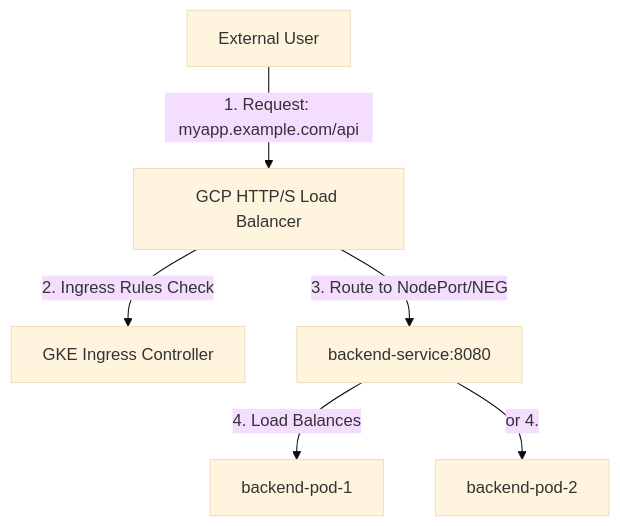
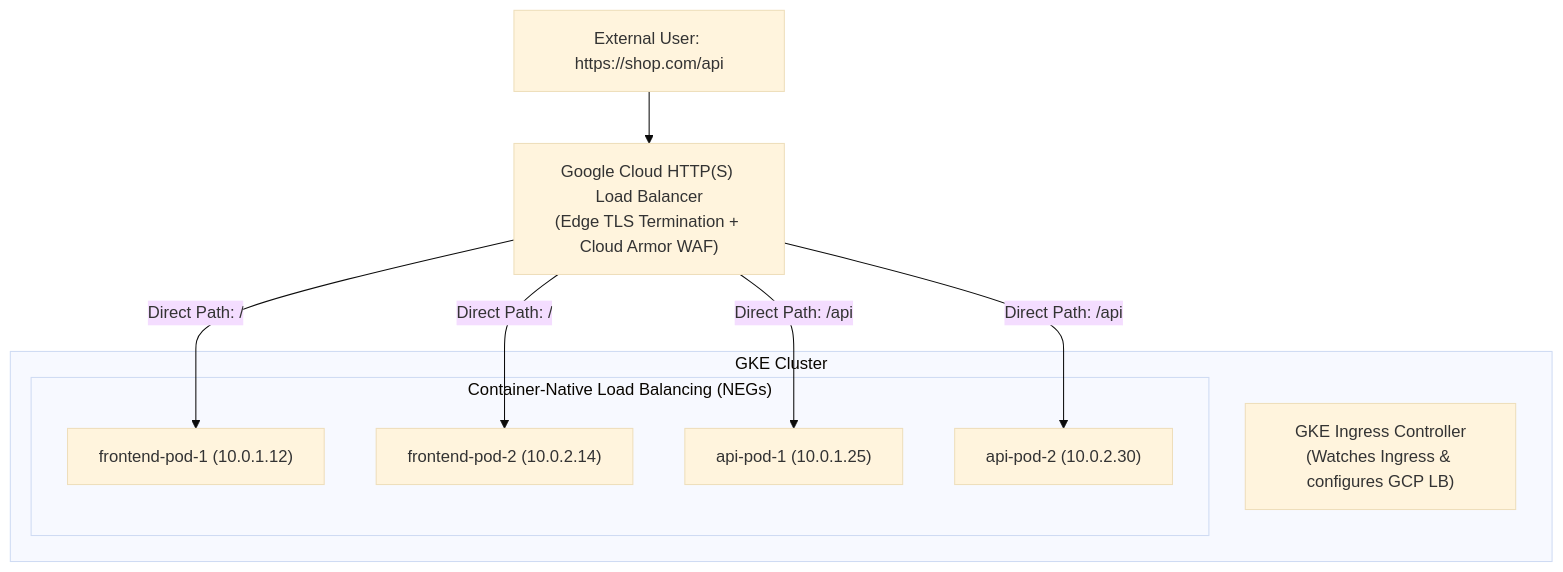
Before and after one commit to Rohit1024/kubernetes: the first of 2 diagrams in docs/lessons/0006-ingress-gke-load-balancing.md, drawn with Mermaid (base theme). The commit also changed other lines of this file and 15 other files, not shown here.

Commit message:
refactor: restructure Kubernetes documentation with enhanced diagrams, simplified lesson templates, and a new manifest generator.

````diff
--- a/docs/lessons/0006-ingress-gke-load-balancing.md
+++ b/docs/lessons/0006-ingress-gke-load-balancing.md
@@ -16,8 +25,18 @@
 ```mermaid
 graph TD
-    Client["External User"] -->|1. Request: myapp.example.com/api| LB["GCP HTTP/S Load Balancer"]
-    LB -->|2. Ingress Rules Check| Ingress["GKE Ingress Controller"]
-    LB -->|3. Route to NodePort/NEG| Svc["backend-service:8080"]
-    Svc -->|4. Load Balances| Pod1["backend-pod-1"]
-    Svc -->|or 4.| Pod2["backend-pod-2"]
+    User["External User: https://shop.com/api"] --> LB["Google Cloud HTTP(S) Load Balancer\n(Edge TLS Termination + Cloud Armor WAF)"]
+    
+    subgraph GKECluster ["GKE Cluster"]
+        IngressController["GKE Ingress Controller\n(Watches Ingress & configures GCP LB)"]
+        
+        subgraph NEGs ["Container-Native Load Balancing (NEGs)"]
+            Pod1["frontend-pod-1 (10.0.1.12)"]
+            Pod2["frontend-pod-2 (10.0.2.14)"]
+            Pod3["api-pod-1 (10.0.1.25)"]
+            Pod4["api-pod-2 (10.0.2.30)"]
+        end
+    end
+    
+    LB -->|Direct Path: /| Pod1 & Pod2
+    LB -->|Direct Path: /api| Pod3 & Pod4
 ```
````
